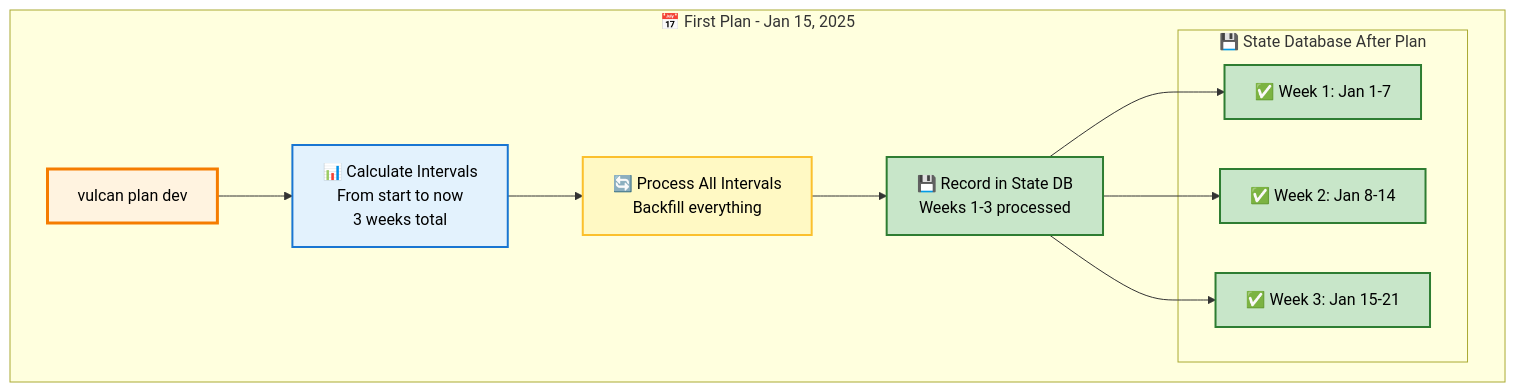
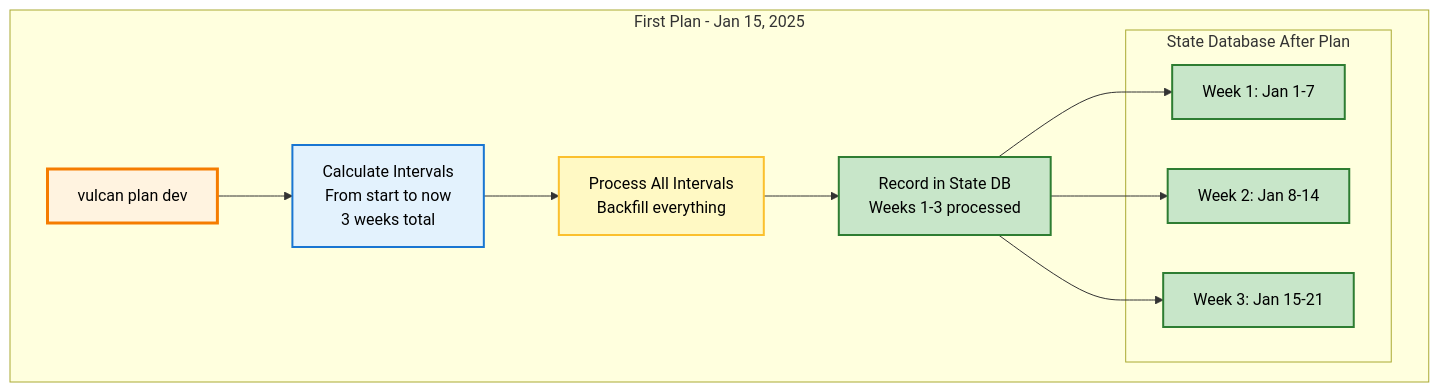
One commit to tmdc-io/vulcan-book changed the sixth of 13 diagrams in docs/guides/incremental_by_time.md. Above: the diagram before and after it, drawn with Mermaid. The commit also changed other lines of this file and 6 other files, not shown here.

Commit message:
updated mermaid diagrams to remove emojis, commented out the old plan guide o have only the new 2.0 plan guide

````diff
--- a/docs/guides/incremental_by_time.md
+++ b/docs/guides/incremental_by_time.md
@@ -257,30 +257,30 @@
 ```mermaid
 flowchart TB
-    subgraph "📅 First Plan - Jan 15, 2025"
+    subgraph "First Plan - Jan 15, 2025"
         PLAN1[vulcan plan dev]
-        CALC1[📊 Calculate Intervals<br/>From start to now<br/>3 weeks total]
-        PROCESS1[🔄 Process All Intervals<br/>Backfill everything]
-        RECORD1[💾 Record in State DB<br/>Weeks 1-3 processed]
+        CALC1[Calculate Intervals<br/>From start to now<br/>3 weeks total]
+        PROCESS1[Process All Intervals<br/>Backfill everything]
+        RECORD1[Record in State DB<br/>Weeks 1-3 processed]
         
-        subgraph "💾 State Database After Plan"
-            W1[✅ Week 1: Jan 1-7]
-            W2[✅ Week 2: Jan 8-14]
-            W3[✅ Week 3: Jan 15-21]
+        subgraph "State Database After Plan"
+            W1[Week 1: Jan 1-7]
+            W2[Week 2: Jan 8-14]
+            W3[Week 3: Jan 15-21]
         end
     end
     
     PLAN1 --> CALC1
     CALC1 --> PROCESS1
     PROCESS1 --> RECORD1
     RECORD1 --> W1
     RECORD1 --> W2
     RECORD1 --> W3
     
     style PLAN1 fill:#fff3e0,stroke:#f57c00,stroke-width:3px,color:#000
     style CALC1 fill:#e3f2fd,stroke:#1976d2,stroke-width:2px,color:#000
     style PROCESS1 fill:#fff9c4,stroke:#fbc02d,stroke-width:2px,color:#000
     style RECORD1 fill:#c8e6c9,stroke:#2e7d32,stroke-width:2px,color:#000
     style W1 fill:#c8e6c9,stroke:#2e7d32,stroke-width:2px,color:#000
     style W2 fill:#c8e6c9,stroke:#2e7d32,stroke-width:2px,color:#000
     style W3 fill:#c8e6c9,stroke:#2e7d32,stroke-width:2px,color:#000
 ```
````
